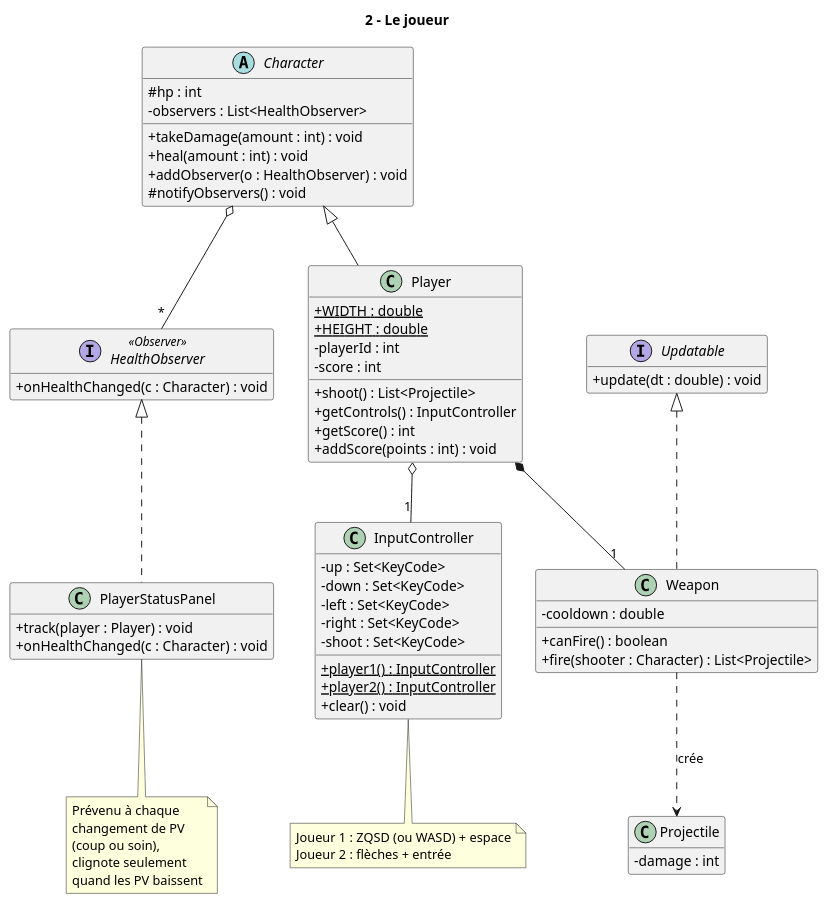
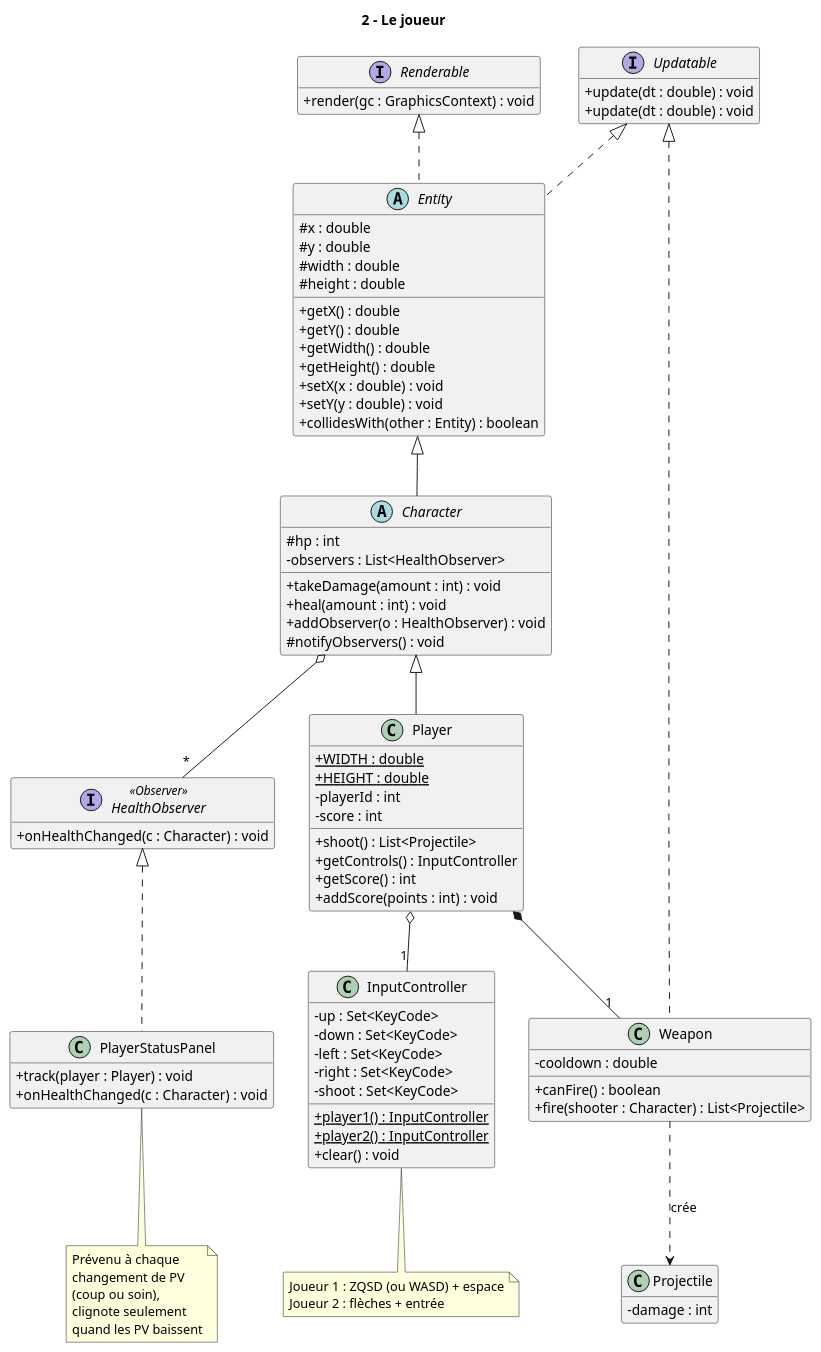
The diagram in Docs/Diagrammes/2_joueur.puml (MeghCH/2d-Game-Natural-Fatal-IA), drawn with PlantUML before and after one commit. The commit also changed 4 other files, not shown here.

Commit message:
Refactor(uml): improve diagram readability and spacing

```diff
--- a/Docs/Diagrammes/2_joueur.puml
+++ b/Docs/Diagrammes/2_joueur.puml
@@ -1,83 +1,108 @@
 @startuml 2_joueur
 title 2 - Le joueur
 
 skinparam classAttributeIconSize 0
 skinparam shadowing false
 hide empty members
+
+interface Updatable {
+  + update(dt : double) : void
+}
+
+interface Renderable {
+  + render(gc : GraphicsContext) : void
+}
+
+abstract class Entity {
+  # x : double
+  # y : double
+  # width : double
+  # height : double
+  + getX() : double
+  + getY() : double
+  + getWidth() : double
+  + getHeight() : double
+  + setX(x : double) : void
+  + setY(y : double) : void
+  + collidesWith(other : Entity) : boolean
+}
 
 abstract class Character {
   # hp : int
   - observers : List<HealthObserver>
   + takeDamage(amount : int) : void
   + heal(amount : int) : void
   + addObserver(o : HealthObserver) : void
   # notifyObservers() : void
 }
 
 class Player {
   + {static} WIDTH : double
   + {static} HEIGHT : double
   - playerId : int
   - score : int
   + shoot() : List<Projectile>
   + getControls() : InputController
   + getScore() : int
   + addScore(points : int) : void
 }
 
 class InputController {
   - up : Set<KeyCode>
   - down : Set<KeyCode>
   - left : Set<KeyCode>
   - right : Set<KeyCode>
   - shoot : Set<KeyCode>
   + {static} player1() : InputController
   + {static} player2() : InputController
   + clear() : void
 }
 
 interface Updatable {
   + update(dt : double) : void
 }
 
 class Weapon {
   - cooldown : double
   + canFire() : boolean
   + fire(shooter : Character) : List<Projectile>
 }
 
 class Projectile {
   - damage : int
 }
 
 interface HealthObserver <<Observer>> {
   + onHealthChanged(c : Character) : void
 }
 
 class PlayerStatusPanel {
   + track(player : Player) : void
   + onHealthChanged(c : Character) : void
 }
 
+Updatable  <|.. Entity
+Renderable <|.. Entity
+Entity <|-- Character
 Character <|-- Player
 Player o-- "1" InputController
 Player *-- "1" Weapon
 Weapon ..> Projectile : crée
 Updatable <|.. Weapon
 Character o-- "*" HealthObserver
 HealthObserver <|.. PlayerStatusPanel
 
 note bottom of InputController
   Joueur 1 : ZQSD (ou WASD) + espace
   Joueur 2 : flèches + entrée
 end note
 
 note bottom of PlayerStatusPanel
   Prévenu à chaque
   changement de PV
   (coup ou soin),
   clignote seulement
   quand les PV baissent
 end note
 
 @enduml
```
